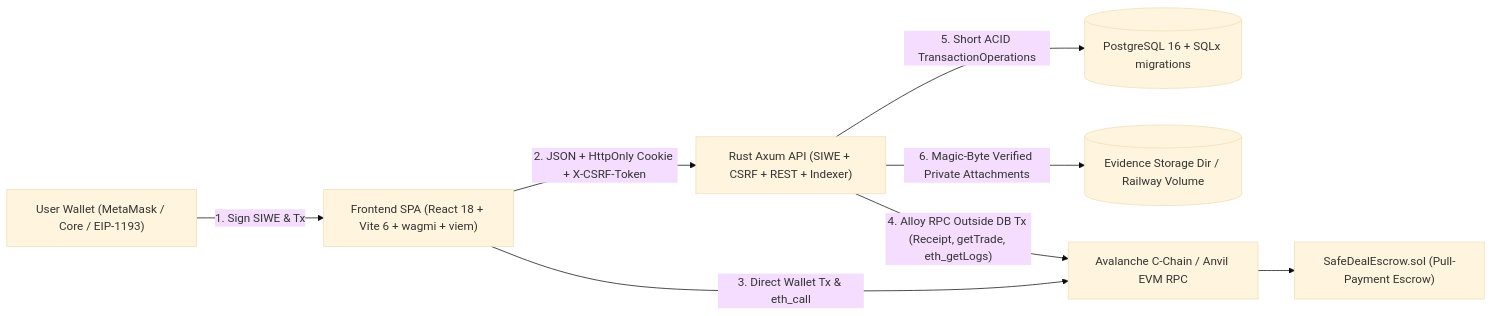
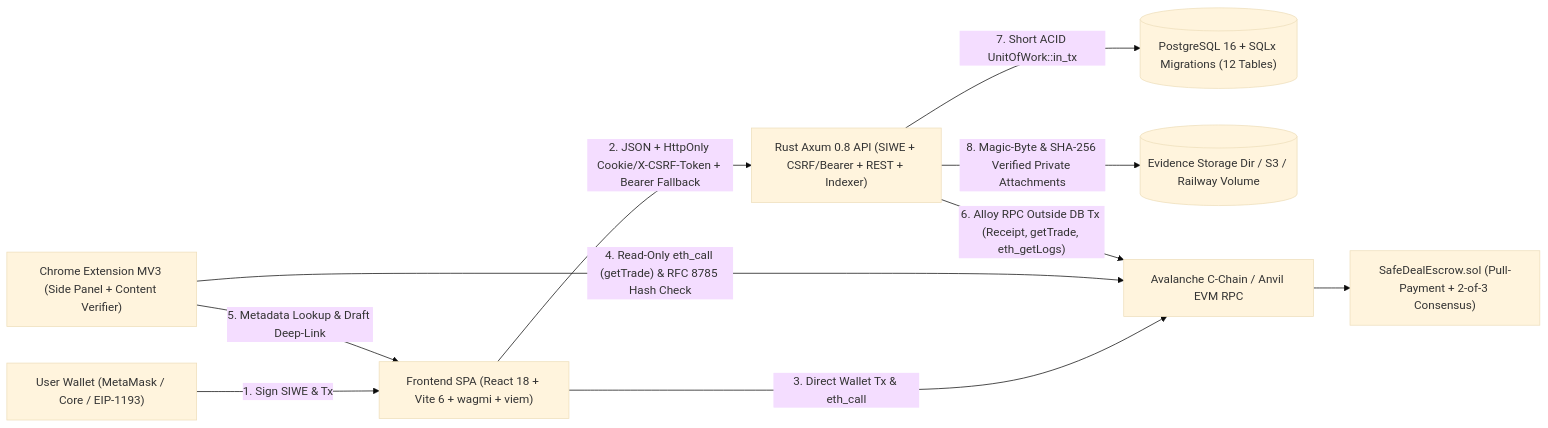
Before and after one commit to hienpham0344/SafeDeal: the first of 2 diagrams in docs/02-architecture.md, drawn with Mermaid (base theme). The commit also changed other lines of this file and 17 other files, not shown here.

Commit message:
docs(seapp): align docs with rust/2-of-3 architecture and add seapp uit kit

````diff
--- a/docs/02-architecture.md
+++ b/docs/02-architecture.md
@@ -7,18 +7,21 @@
 ```mermaid
 flowchart LR
     U["User Wallet (MetaMask / Core / EIP-1193)"]
     FE["Frontend SPA (React 18 + Vite 6 + wagmi + viem)"]
-    API["Rust Axum API (SIWE + CSRF + REST + Indexer)"]
-    DB[("PostgreSQL 16 + SQLx migrations")]
-    FS[("Evidence Storage Dir / Railway Volume")]
+    EXT["Chrome Extension MV3 (Side Panel + Content Verifier)"]
+    API["Rust Axum 0.8 API (SIWE + CSRF/Bearer + REST + Indexer)"]
+    DB[("PostgreSQL 16 + SQLx Migrations (12 Tables)")]
+    FS[("Evidence Storage Dir / S3 / Railway Volume")]
     RPC["Avalanche C-Chain / Anvil EVM RPC"]
-    SC["SafeDealEscrow.sol (Pull-Payment Escrow)"]
+    SC["SafeDealEscrow.sol (Pull-Payment + 2-of-3 Consensus)"]
 
     U -- "1. Sign SIWE & Tx" --> FE
-    FE -- "2. JSON + HttpOnly Cookie + X-CSRF-Token" --> API
+    FE -- "2. JSON + HttpOnly Cookie/X-CSRF-Token + Bearer Fallback" --> API
     FE -- "3. Direct Wallet Tx & eth_call" --> RPC
+    EXT -- "4. Read-Only eth_call (getTrade) & RFC 8785 Hash Check" --> RPC
+    EXT -- "5. Metadata Lookup & Draft Deep-Link" --> FE
     RPC --> SC
-    API -- "4. Alloy RPC Outside DB Tx (Receipt, getTrade, eth_getLogs)" --> RPC
-    API -- "5. Short ACID TransactionOperations" --> DB
-    API -- "6. Magic-Byte Verified Private Attachments" --> FS
+    API -- "6. Alloy RPC Outside DB Tx (Receipt, getTrade, eth_getLogs)" --> RPC
+    API -- "7. Short ACID UnitOfWork::in_tx" --> DB
+    API -- "8. Magic-Byte & SHA-256 Verified Private Attachments" --> FS
 ```
````
